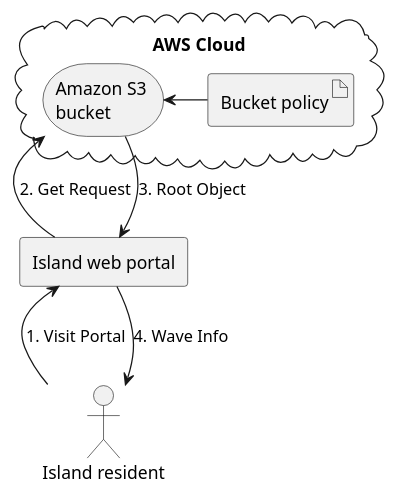
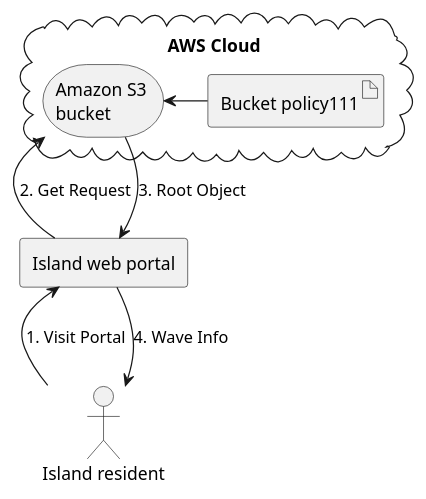
The diagram in cloud_computing_essentials/infra_structure.puml (vuvanly/terraform_aws), drawn with PlantUML before and after one commit. The commit also changed 10 other files, not shown here.

```diff
--- a/cloud_computing_essentials/infra_structure.puml
+++ b/cloud_computing_essentials/infra_structure.puml
@@ -1,17 +1,17 @@
 @startuml
 actor "Island resident" as re
 rectangle "Island web portal" as Iwp
 
 cloud "AWS Cloud" {
   
   storage "Amazon S3 \nbucket" as S3
-  artifact "Bucket policy" as Bp
+  artifact "Bucket policy111" as Bp
   S3 <- Bp 
   
 }
 
 S3 <- Iwp: 2. Get Request
 S3 --> Iwp: 3. Root Object
 Iwp <- re: 1. Visit Portal
 Iwp --> re: 4. Wave Info
 @enduml
```
